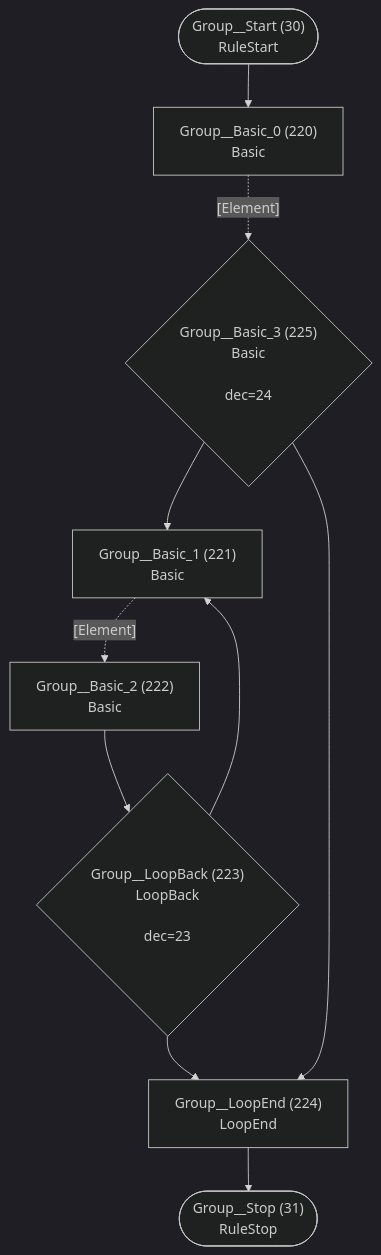
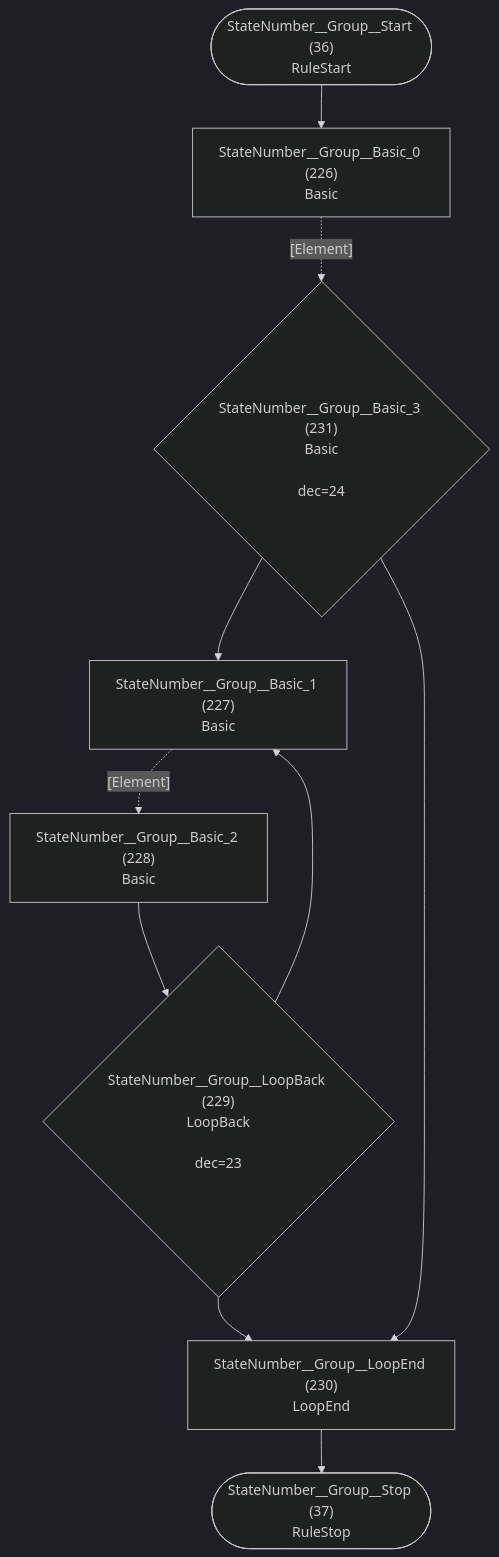
One commit to TypeFox/fastbelt changed diagram 19 of 32 in internal/grammar/atn.md. Above: the diagram before and after it, drawn with Mermaid (dark theme). The commit also changed other lines of this file and 5 other files, not shown here.

````diff
--- a/internal/grammar/atn.md
+++ b/internal/grammar/atn.md
@@ -511,21 +540,21 @@
 ```mermaid
 flowchart TD
-    q30(["Group__Start (30)<br/>RuleStart"])
-    q31(["Group__Stop (31)<br/>RuleStop"])
-    q220["Group__Basic_0 (220)<br/>Basic<br/>"]
-    q221["Group__Basic_1 (221)<br/>Basic<br/>"]
-    q222["Group__Basic_2 (222)<br/>Basic<br/>"]
-    q223{"Group__LoopBack (223)<br/>LoopBack<br/><br/>dec=23"}
-    q224["Group__LoopEnd (224)<br/>LoopEnd<br/>"]
-    q225{"Group__Basic_3 (225)<br/>Basic<br/><br/>dec=24"}
+    q36(["StateNumber__Group__Start (36)<br/>RuleStart"])
+    q37(["StateNumber__Group__Stop (37)<br/>RuleStop"])
+    q226["StateNumber__Group__Basic_0 (226)<br/>Basic<br/>"]
+    q227["StateNumber__Group__Basic_1 (227)<br/>Basic<br/>"]
+    q228["StateNumber__Group__Basic_2 (228)<br/>Basic<br/>"]
+    q229{"StateNumber__Group__LoopBack (229)<br/>LoopBack<br/><br/>dec=23"}
+    q230["StateNumber__Group__LoopEnd (230)<br/>LoopEnd<br/>"]
+    q231{"StateNumber__Group__Basic_3 (231)<br/>Basic<br/><br/>dec=24"}
 
-    q30 --> q220
-    q220 -.->|"[Element]"| q225
-    q221 -.->|"[Element]"| q222
-    q222 --> q223
-    q223 --> q221
-    q223 --> q224
-    q224 --> q31
-    q225 --> q221
-    q225 --> q224
+    q36 --> q226
+    q226 -.->|"[Element]"| q231
+    q227 -.->|"[Element]"| q228
+    q228 --> q229
+    q229 --> q227
+    q229 --> q230
+    q230 --> q37
+    q231 --> q227
+    q231 --> q230
 ```
````
